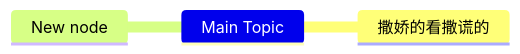
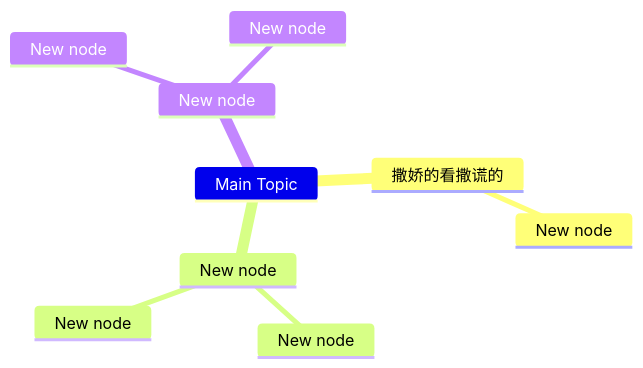
Before and after one commit to pingpm/mermaid_vault: the diagram in mmd/123_fd577967-5106-494e-bdae-c0afb858c4be.mmd, drawn with Mermaid. The commit also changed 2 other files, not shown here.

Commit message:
Sync Mermaid Studio data (12 diagrams)

```diff
--- a/mmd/123_fd577967-5106-494e-bdae-c0afb858c4be.mmd
+++ b/mmd/123_fd577967-5106-494e-bdae-c0afb858c4be.mmd
@@ -1,4 +1,10 @@
 mindmap
   Main Topic
     撒娇的看撒谎的
+      New node
     New node
+      New node
+      New node
+    New node
+      New node
+      New node
```
